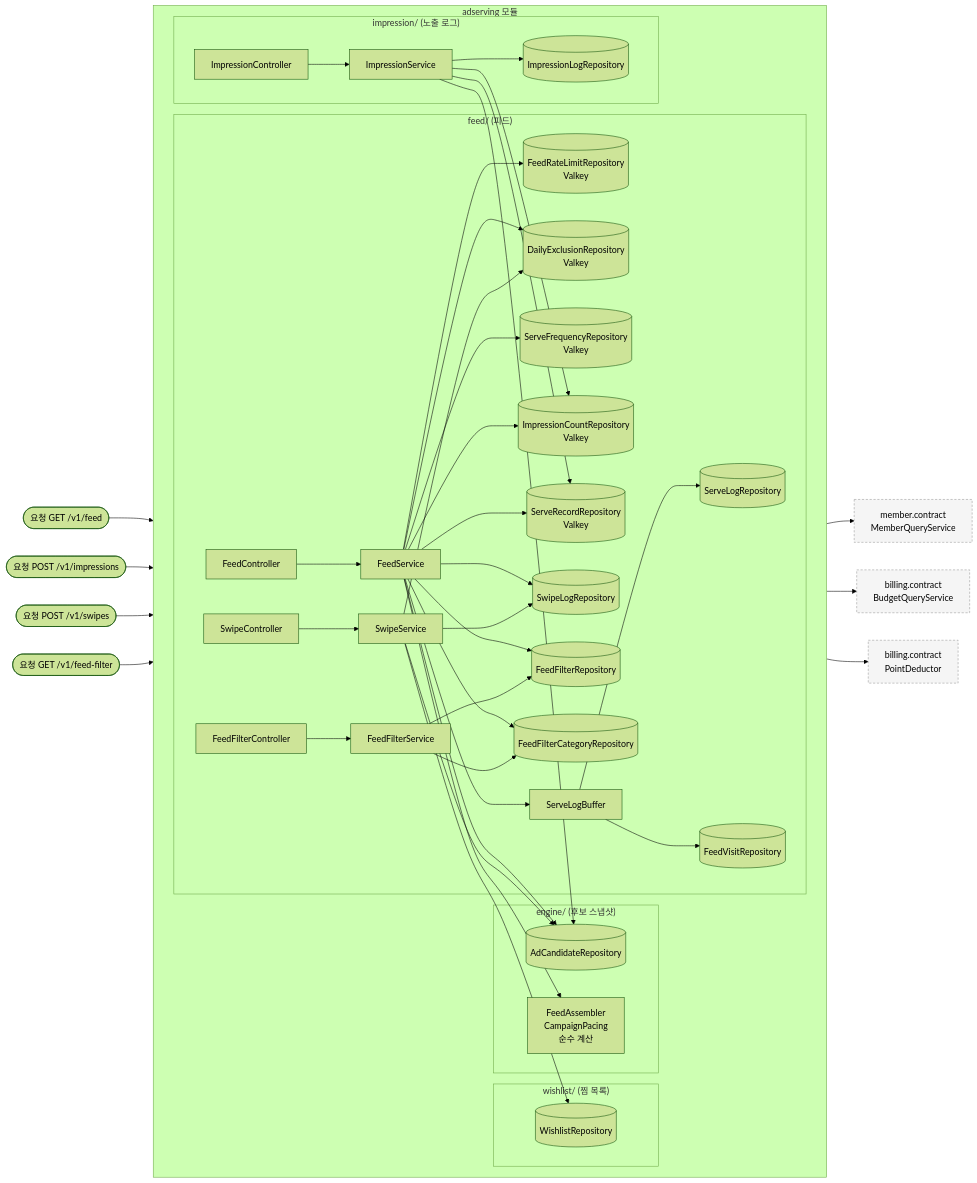
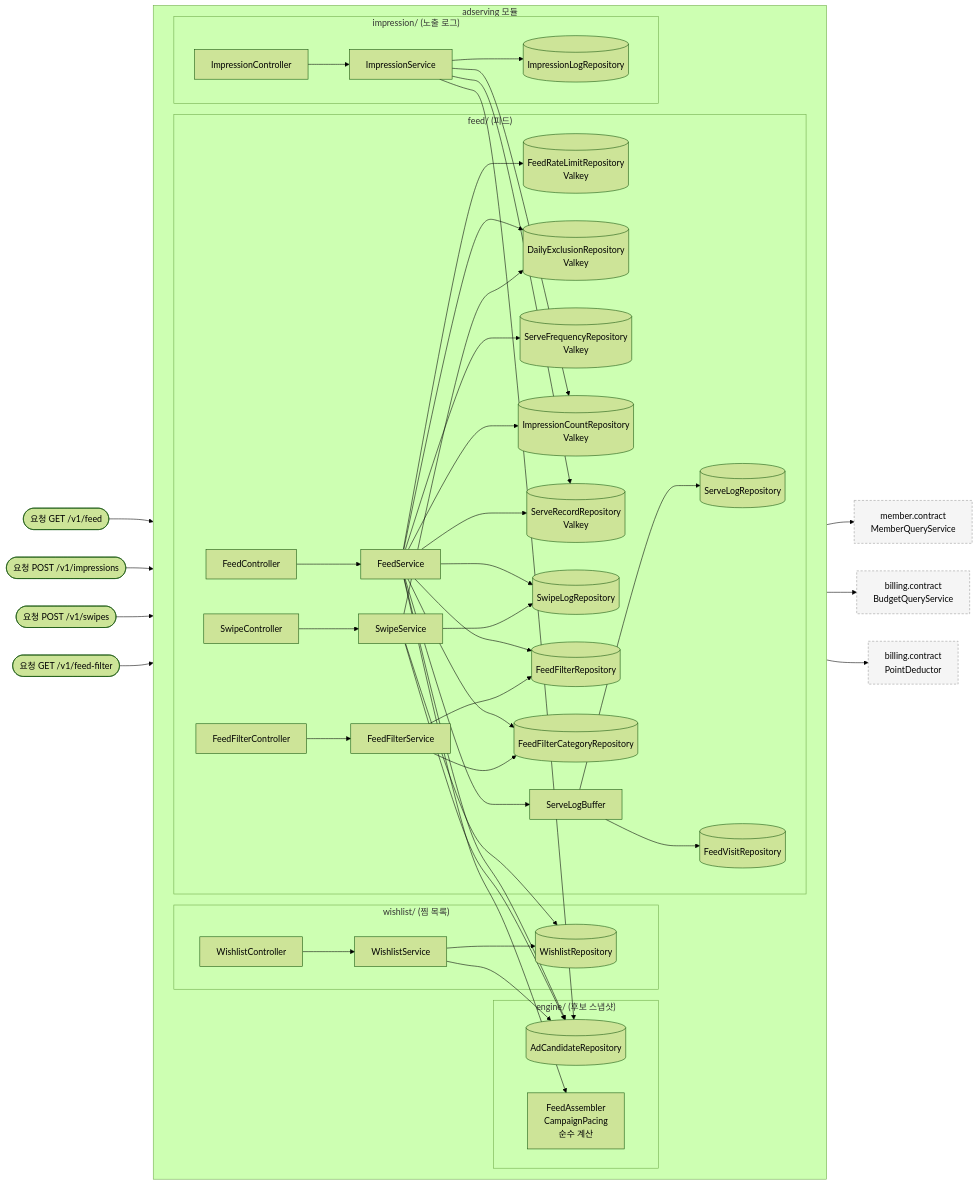
Before and after one commit to lunch-catch/lc-backend: the first of 4 diagrams in docs/design/adserving/adserving_구조와_동작_설계.md, drawn with Mermaid (forest theme). The commit also changed other lines of this file and 11 other files, not shown here.

````diff
--- a/docs/design/adserving/adserving_구조와_동작_설계.md
+++ b/docs/design/adserving/adserving_구조와_동작_설계.md
@@ -195,61 +201,63 @@
 ```mermaid
 flowchart LR
     REQ([요청 GET /v1/feed]) --> FC
     REQ2([요청 POST /v1/impressions]) --> IMC
     REQ3([요청 POST /v1/swipes]) --> SWC
     REQ4([요청 GET /v1/feed-filter]) --> FFCT
 
     subgraph adserving["adserving 모듈"]
         direction LR
 
         subgraph feed["feed/ (피드)"]
             FC[FeedController] --> FS[FeedService]
             FS --> RL[("FeedRateLimitRepository<br/>Valkey")]
             FS --> DE[("DailyExclusionRepository<br/>Valkey")]
             FS --> SF[("ServeFrequencyRepository<br/>Valkey")]
             FS --> IC[("ImpressionCountRepository<br/>Valkey")]
             FS --> SR[("ServeRecordRepository<br/>Valkey")]
             FS --> SW[(SwipeLogRepository)]
             FS --> FF[(FeedFilterRepository)]
             FS --> FFC[(FeedFilterCategoryRepository)]
             FFCT[FeedFilterController] --> FFS[FeedFilterService]
             FFS --> FF
             FFS --> FFC
             SWC[SwipeController] --> SWS[SwipeService]
             SWS --> SW
             SWS --> DE
             FS --> SB[ServeLogBuffer]
             SB --> SL[(ServeLogRepository)]
             SB --> FV[(FeedVisitRepository)]
         end
 
         subgraph engine["engine/ (후보 스냅샷)"]
             AR[(AdCandidateRepository)]
             FA["FeedAssembler<br/>CampaignPacing<br/>순수 계산"]
         end
 
         subgraph wishlist["wishlist/ (찜 목록)"]
-            WR[(WishlistRepository)]
+            WC[WishlistController] --> WS[WishlistService]
+            WS --> WR[(WishlistRepository)]
         end
 
         subgraph impression["impression/ (노출 로그)"]
             IMC[ImpressionController] --> IMS[ImpressionService]
             IMS --> IML[(ImpressionLogRepository)]
         end
 
         FS --> AR
         FS --> FA
         IMS --> SR
         IMS --> IC
         IMS --> AR
         SWS --> WR
         SWS --> AR
+        WS --> AR
     end
 
     FS --> MQ["member.contract<br/>MemberQueryService"]
     FS --> BQ["billing.contract<br/>BudgetQueryService"]
     IMS --> PD["billing.contract<br/>PointDeductor"]
 
     classDef out fill:#f5f5f5,stroke:#999,stroke-dasharray:4 3
     class MQ,BQ,PD out
 ```
````
